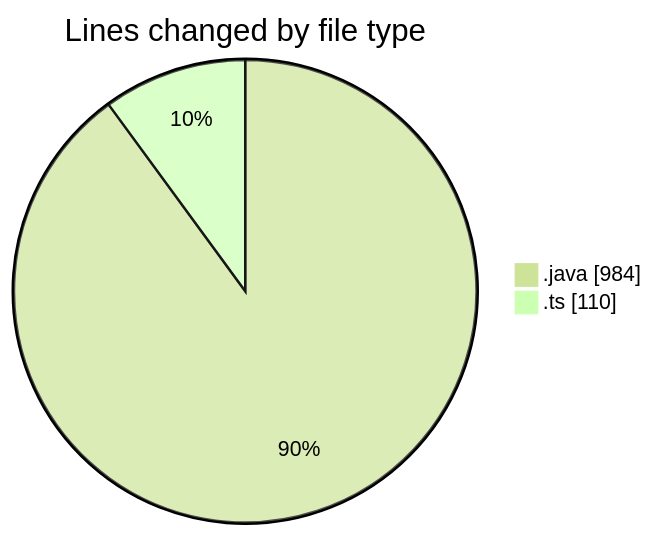
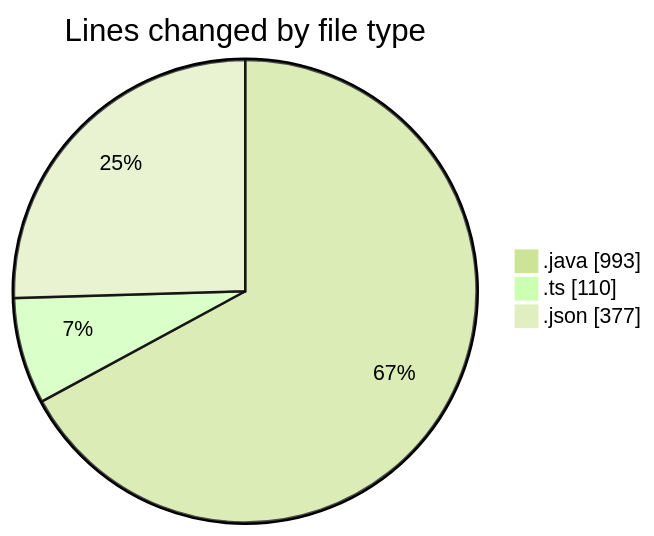
One commit to charlie-sans/code-tracking changed the first of 2 diagrams in 2025-02-20/micros/README.md. Above: the diagram before and after it, drawn with Mermaid (forest theme). The commit also changed other lines of this file and 1 other file, not shown here.

````diff
--- a/2025-02-20/micros/README.md
+++ b/2025-02-20/micros/README.md
@@ -25,6 +26,7 @@
 ```mermaid
 pie showData
 title Lines changed by file type
-".java" : 984
+".java" : 993
 ".ts" : 110
+".json" : 377
 ```
````
